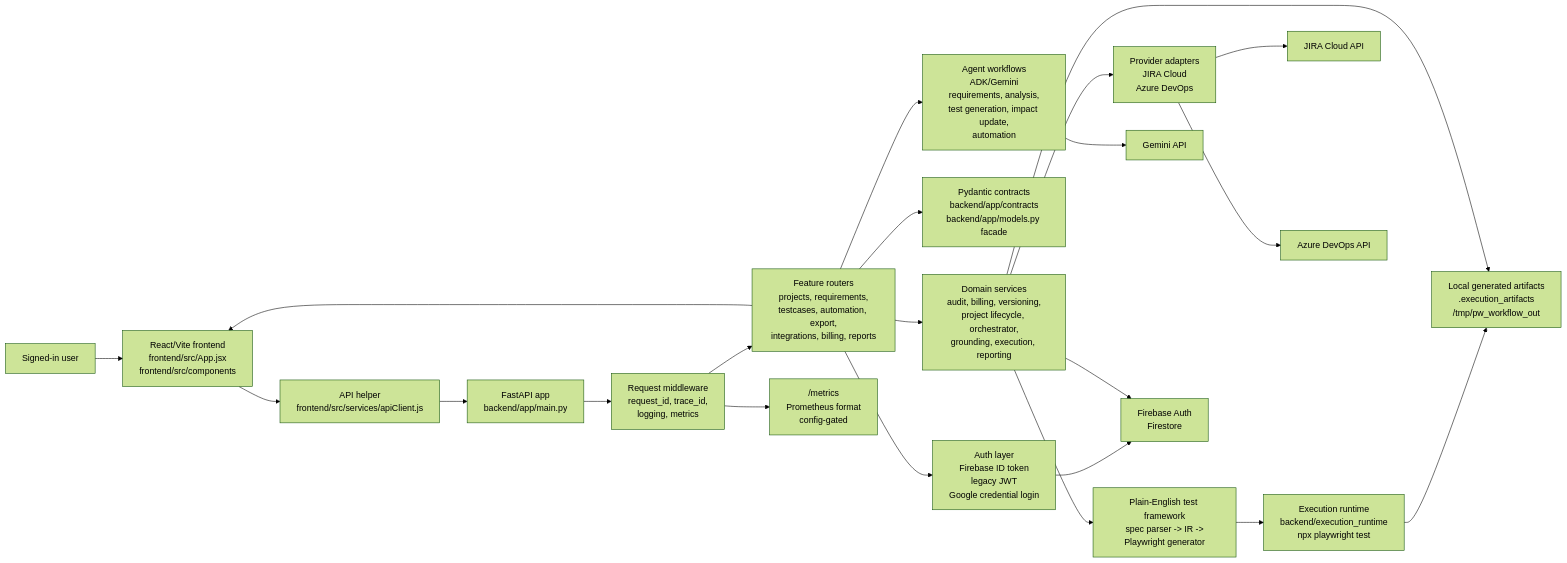
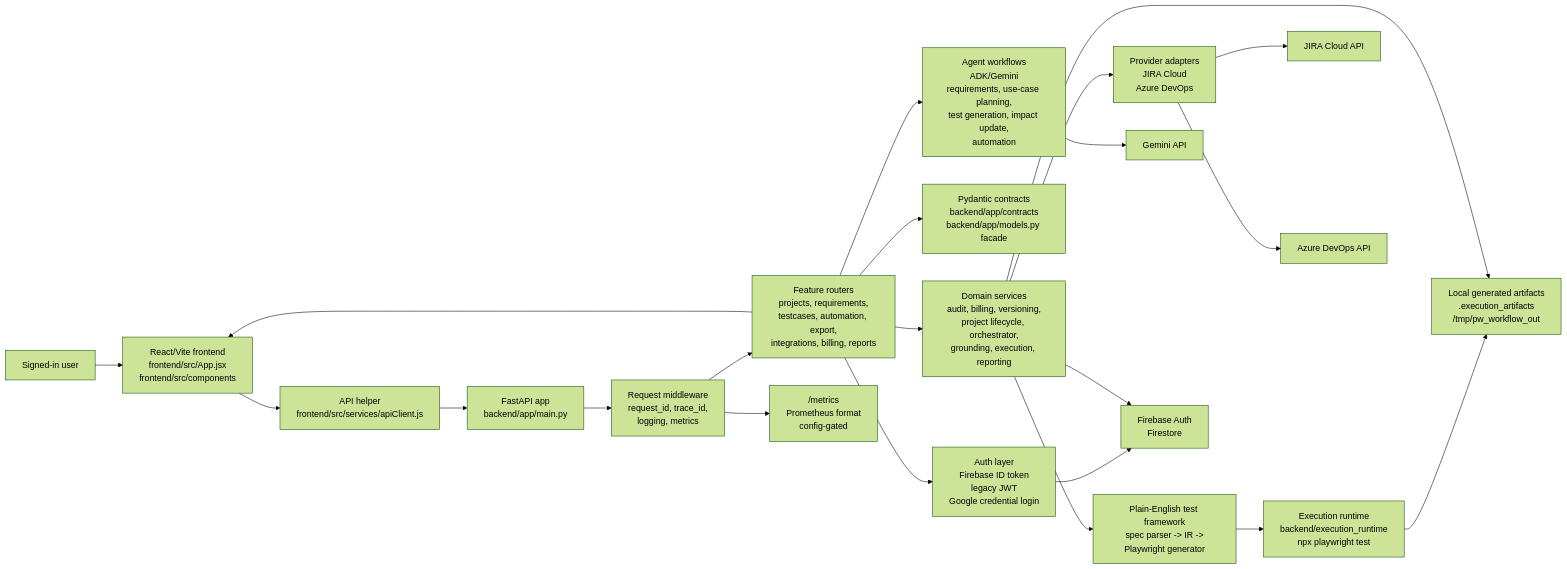
The diagram in docs/codebase/ARCHITECTURE.md (lumensparkxy/agentic_test_case_generator), drawn with Mermaid (forest theme) before and after one commit. The commit also changed other lines of this file and 10 other files, not shown here.

Commit message:
Implement parallel use-case planning for #142

````diff
--- a/docs/codebase/ARCHITECTURE.md
+++ b/docs/codebase/ARCHITECTURE.md
@@ -43,49 +47,49 @@
 ```mermaid
 flowchart LR
     user["Signed-in user"]
     browser["React/Vite frontend\nfrontend/src/App.jsx\nfrontend/src/components"]
     apiClient["API helper\nfrontend/src/services/apiClient.js"]
 
     app["FastAPI app\nbackend/app/main.py"]
     middleware["Request middleware\nrequest_id, trace_id,\nlogging, metrics"]
     routers["Feature routers\nprojects, requirements,\ntestcases, automation, export,\nintegrations, billing, reports"]
     auth["Auth layer\nFirebase ID token\nlegacy JWT\nGoogle credential login"]
     models["Pydantic contracts\nbackend/app/contracts\nbackend/app/models.py facade"]
 
-    agents["Agent workflows\nADK/Gemini\nrequirements, analysis,\ntest generation, impact update,\nautomation"]
+    agents["Agent workflows\nADK/Gemini\nrequirements, use-case planning,\ntest generation, impact update,\nautomation"]
     services["Domain services\naudit, billing, versioning,\nproject lifecycle, orchestrator,\ngrounding, execution, reporting"]
     adapters["Provider adapters\nJIRA Cloud\nAzure DevOps"]
     petf["Plain-English test framework\nspec parser -> IR ->\nPlaywright generator"]
     runtime["Execution runtime\nbackend/execution_runtime\nnpx playwright test"]
 
     gemini["Gemini API"]
     firebase["Firebase Auth\nFirestore"]
     jira["JIRA Cloud API"]
     ado["Azure DevOps API"]
     artifacts["Local generated artifacts\n.execution_artifacts\n/tmp/pw_workflow_out"]
     metrics["/metrics\nPrometheus format\nconfig-gated"]
 
     user --> browser
     browser --> apiClient
     apiClient --> app
     app --> middleware
     middleware --> routers
     routers --> auth
     routers --> models
     routers --> agents
     routers --> services
     services --> adapters
     services --> petf
     petf --> runtime
 
     agents --> gemini
     auth --> firebase
     services --> firebase
     adapters --> jira
     adapters --> ado
     runtime --> artifacts
     services --> artifacts
     middleware --> metrics
 
     routers --> browser
 ```
````
